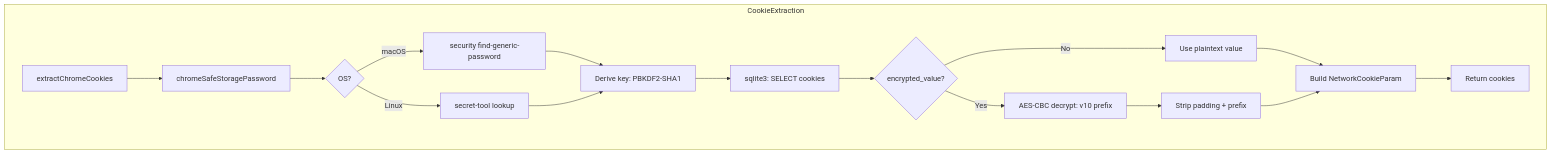
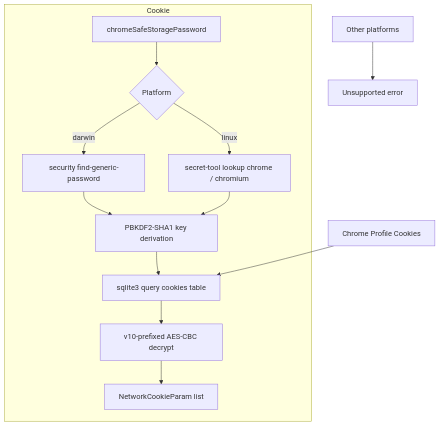
The fifth of 8 diagrams in doc/architecture.md (pardnchiu/go-browser), drawn with Mermaid before and after one commit. The commit also changed other lines of this file and 5 other files, not shown here.

````diff
--- a/doc/architecture.md
+++ b/doc/architecture.md
@@ -113,19 +116,15 @@
 ```mermaid
 graph TB
-    subgraph CookieExtraction
-        A[extractChromeCookies] --> B[chromeSafeStoragePassword]
-        B --> C{OS?}
-        C -->|macOS| D[security find-generic-password]
-        C -->|Linux| E[secret-tool lookup]
-        D --> F[Derive key: PBKDF2-SHA1]
-        E --> F
-        F --> G[sqlite3: SELECT cookies]
-        G --> H{encrypted_value?}
-        H -->|Yes| I[AES-CBC decrypt: v10 prefix]
-        H -->|No| J[Use plaintext value]
-        I --> K[Strip padding + prefix]
-        J --> L[Build NetworkCookieParam]
-        K --> L
-        L --> M[Return cookies]
+    subgraph Cookie
+        A[chromeSafeStoragePassword] --> B{Platform}
+        B -->|darwin| C[security find-generic-password]
+        B -->|linux| D[secret-tool lookup chrome / chromium]
+        C --> E[PBKDF2-SHA1 key derivation]
+        D --> E
+        E --> F[sqlite3 query cookies table]
+        F --> G[v10-prefixed AES-CBC decrypt]
+        G --> H[NetworkCookieParam list]
     end
+    Profile[Chrome Profile Cookies] --> F
+    Other[Other platforms] --> Unsupported[Unsupported error]
 ```
````
